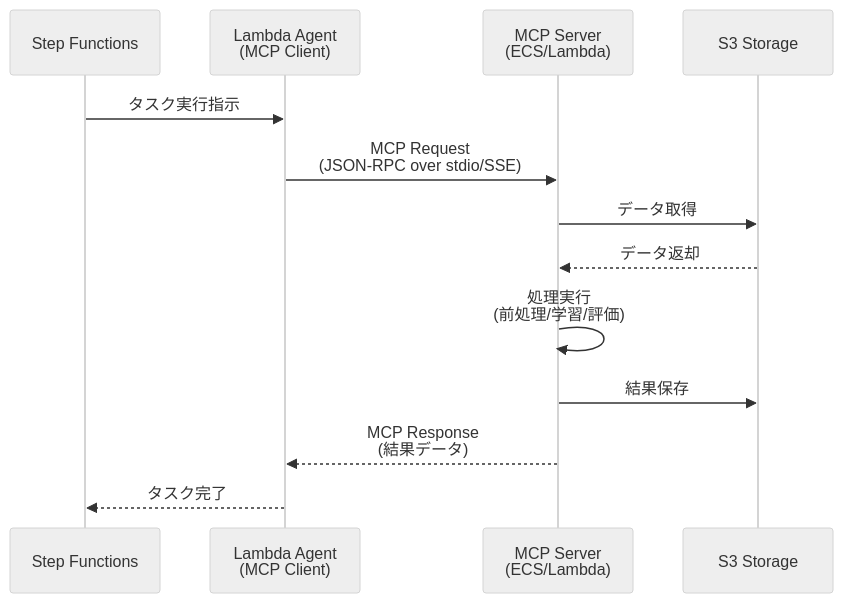
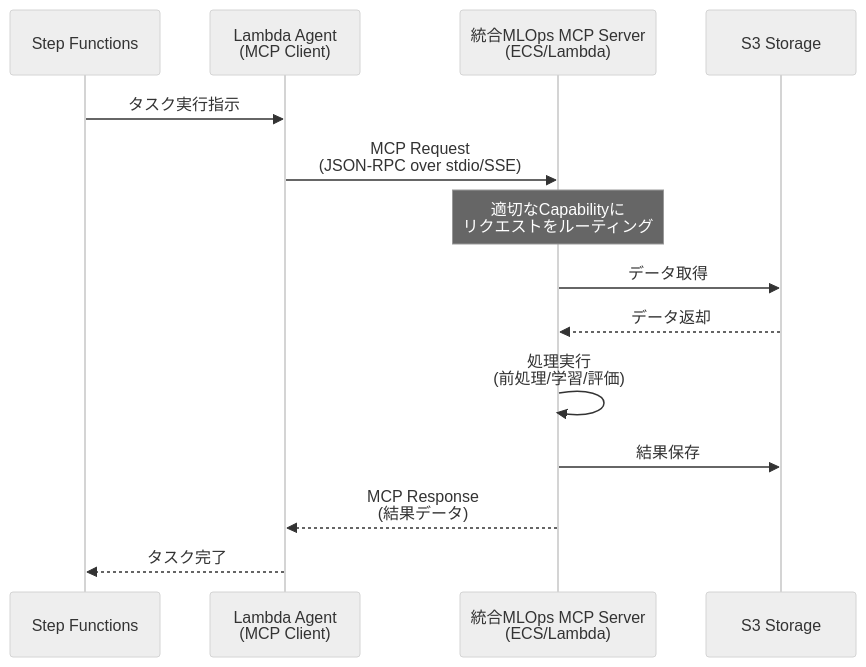
The second of 2 diagrams in mcp_design.md (Hi3369/MLOps), drawn with Mermaid (neutral theme) before and after one commit. The commit also changed other lines of this file and 2 other files, not shown here.

First line of the commit message:
Design: Switch to Unified MCP Server architecture

````diff
--- a/mcp_design.md
+++ b/mcp_design.md
@@ -318,16 +330,17 @@
 ```mermaid
 sequenceDiagram
     participant SF as Step Functions
     participant Agent as Lambda Agent<br/>(MCP Client)
-    participant MCP as MCP Server<br/>(ECS/Lambda)
+    participant MCP as 統合MLOps MCP Server<br/>(ECS/Lambda)
     participant S3 as S3 Storage
 
     SF->>Agent: タスク実行指示
     Agent->>MCP: MCP Request<br/>(JSON-RPC over stdio/SSE)
+    Note over MCP: 適切なCapabilityに<br/>リクエストをルーティング
     MCP->>S3: データ取得
     S3-->>MCP: データ返却
     MCP->>MCP: 処理実行<br/>(前処理/学習/評価)
     MCP->>S3: 結果保存
     MCP-->>Agent: MCP Response<br/>(結果データ)
     Agent-->>SF: タスク完了
 ```
````
